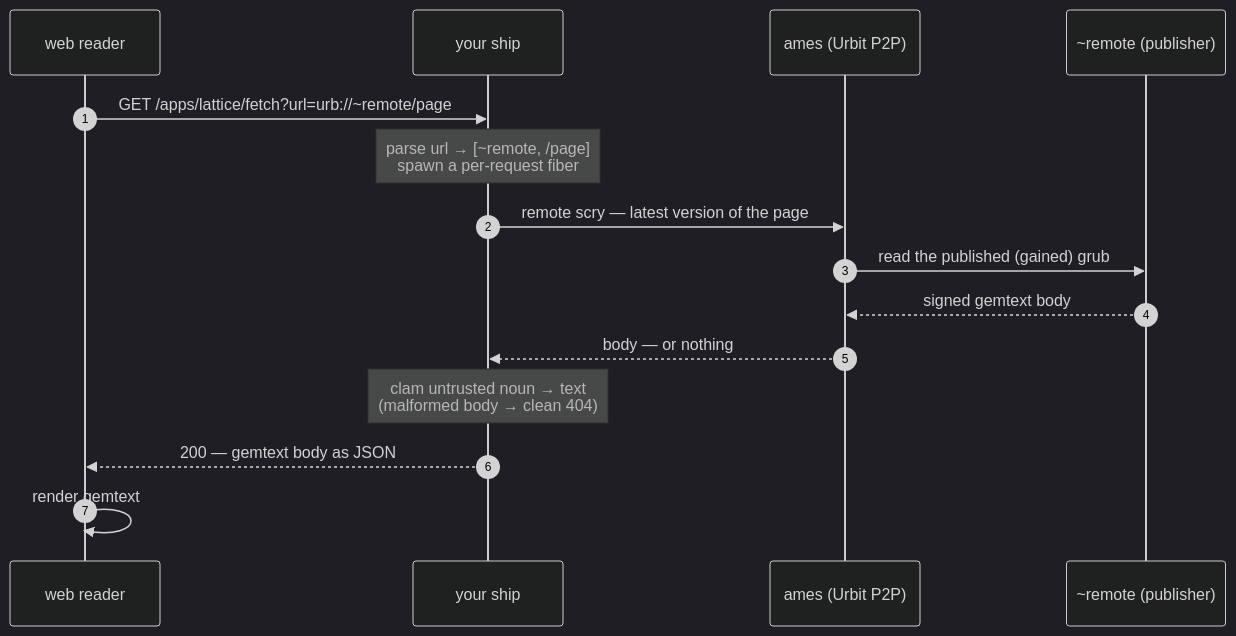
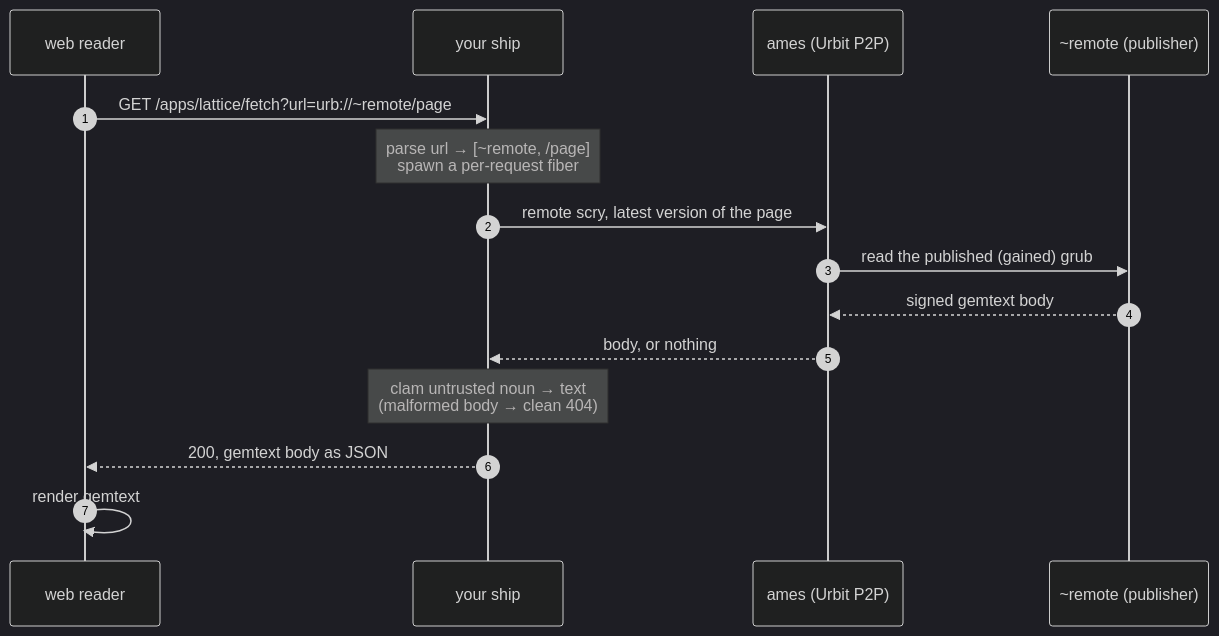
One commit to nisfeb/lattice changed the diagram in README.md. Above: the diagram before and after it, drawn with Mermaid (dark theme). The commit also changed other lines of this file and 11 other files, not shown here.

````diff
--- a/README.md
+++ b/README.md
@@ -77,17 +80,17 @@
 ```mermaid
 sequenceDiagram
     autonumber
     participant App as web reader
     participant You as your ship
     participant Ames as ames (Urbit P2P)
     participant Peer as ~remote (publisher)
     App->>You: GET /apps/lattice/fetch?url=urb://~remote/page
     Note over You: parse url → [~remote, /page]<br/>spawn a per-request fiber
-    You->>Ames: remote scry — latest version of the page
+    You->>Ames: remote scry, latest version of the page
     Ames->>Peer: read the published (gained) grub
     Peer-->>Ames: signed gemtext body
-    Ames-->>You: body — or nothing
+    Ames-->>You: body, or nothing
     Note over You: clam untrusted noun → text<br/>(malformed body → clean 404)
-    You-->>App: 200 — gemtext body as JSON
+    You-->>App: 200, gemtext body as JSON
     App->>App: render gemtext
 ```
````
